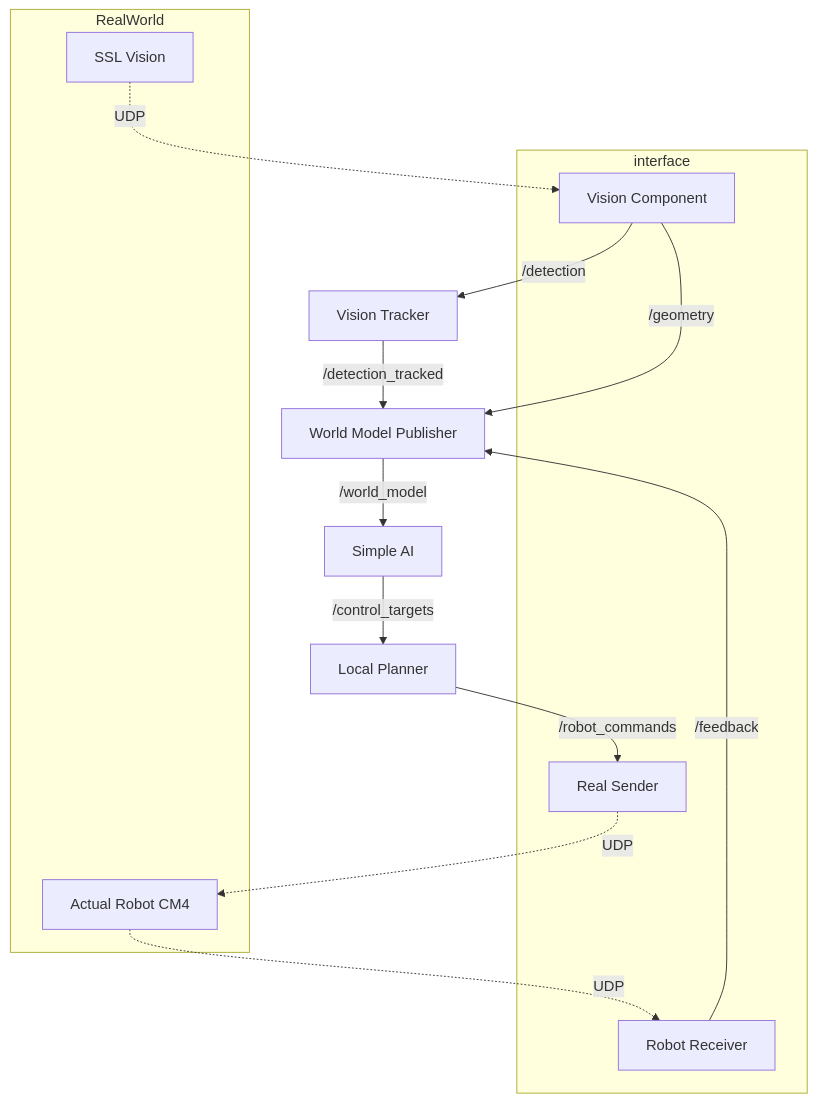
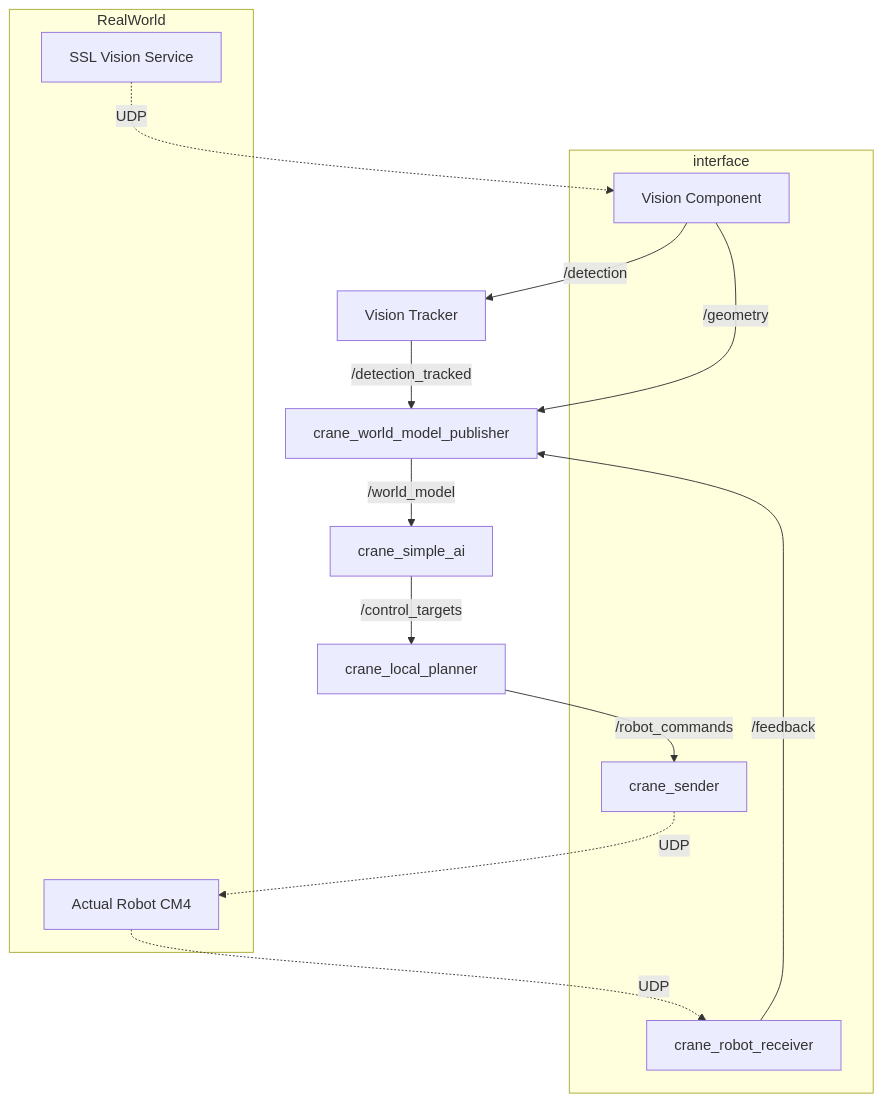
One commit to ibis-ssl/crane changed the diagram in docs/simple_ai.md. Above: the diagram before and after it, drawn with Mermaid. The commit also changed 16 other files, not shown here.

````diff
--- a/docs/simple_ai.md
+++ b/docs/simple_ai.md
@@ -28,32 +28,34 @@
 ```mermaid
 graph TD
     subgraph interface
-        VisionNode[Vision Component]
-        Sender[Real Sender]
-        Receiver[Robot Receiver]
+        VisionComponent[Vision Component]
+        CraneSender[crane_sender]
+        CraneRobotReceiver[crane_robot_receiver]
     end
 
-    VT[Vision Tracker]
-    WP[World Model Publisher]
-    Main[Simple AI]
-    LP[Local Planner]
+    VisionTracker[Vision Tracker]
+    WorldModelPublisher[crane_world_model_publisher]
+    SimpleAINode[crane_simple_ai]
+    LocalPlanner[crane_local_planner]
 
     subgraph RealWorld
-        Robot[Actual Robot CM4]
-        SSLVision[SSL Vision]
+        ActualRobot[Actual Robot CM4]
+        SSLVisionService[SSL Vision Service]
     end
+    %% Node names have been updated to be more specific. Exact names for VisionComponent
+    %% and VisionTracker might vary based on the specific vision pipeline components used.
 
-    SSLVision -. UDP .->  VisionNode
-    VisionNode -- /detection -->  VT
-    VT -- /detection_tracked -->  WP
-    VisionNode -- /geometry -->  WP
+    SSLVisionService -. UDP .->  VisionComponent
+    VisionComponent -- /detection -->  VisionTracker
+    VisionTracker -- /detection_tracked -->  WorldModelPublisher
+    VisionComponent -- /geometry -->  WorldModelPublisher
 
-    WP -- /world_model -->  Main
-    Main -- /control_targets --> LP
-    LP -- /robot_commands -->  Sender
+    WorldModelPublisher -- /world_model -->  SimpleAINode
+    SimpleAINode -- /control_targets --> LocalPlanner
+    LocalPlanner -- /robot_commands -->  CraneSender
 
-    Sender -. UDP .->  Robot
+    CraneSender -. UDP .->  ActualRobot
 
-    Robot -. UDP .->  Receiver
-    Receiver -- /feedback -->  WP
+    ActualRobot -. UDP .->  CraneRobotReceiver
+    CraneRobotReceiver -- /feedback -->  WorldModelPublisher
 ```
````
